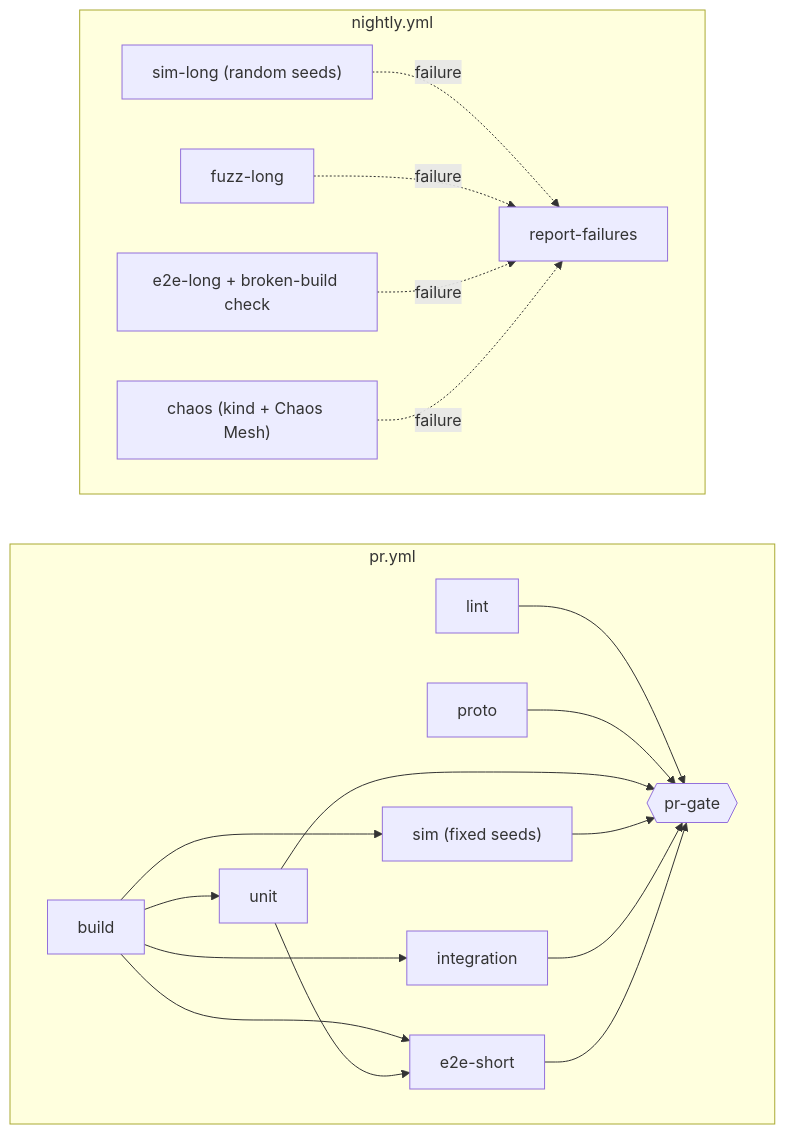
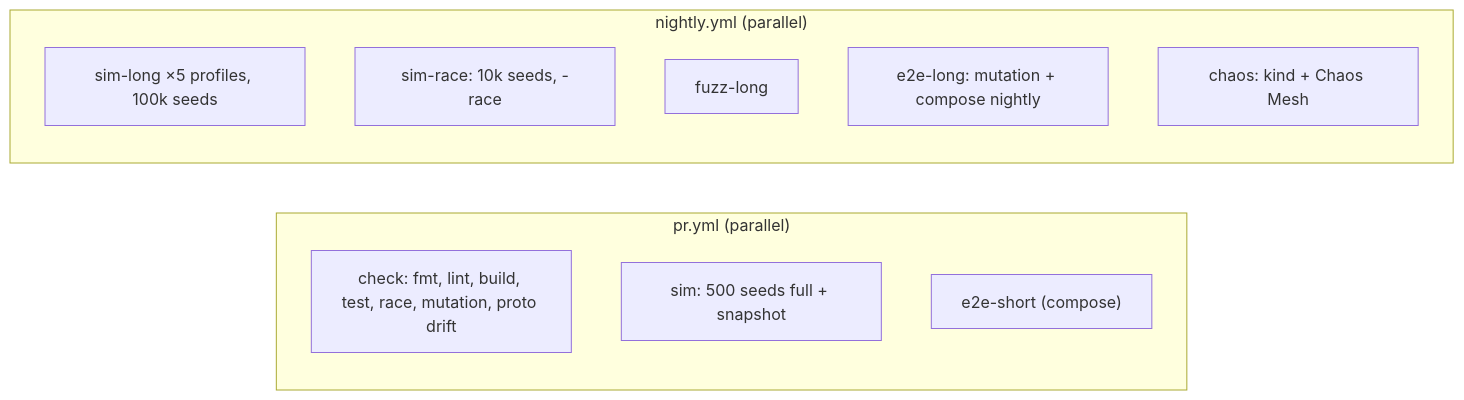
The diagram in docs/ci-e2e.md (bibekgupta3333/raftkv-distributed-store), drawn with Mermaid before and after one commit. The commit also changed other lines of this file and 6 other files, not shown here.

Commit message:
docs: sync architecture, system, storage, api and ci docs with the M0-M5 code; CI evidence steps

````diff
--- a/docs/ci-e2e.md
+++ b/docs/ci-e2e.md
@@ -55,29 +67,16 @@
 ```mermaid
 flowchart LR
-  subgraph PR["pr.yml"]
-    direction LR
-    build --> unit
-    build --> sim["sim (fixed seeds)"]
-    build --> integ[integration]
-    build --> e2e["e2e-short"]
-    unit --> e2e
-    lint --> gate{{pr-gate}}
-    proto --> gate
-    unit --> gate
-    sim --> gate
-    integ --> gate
-    e2e --> gate
+  subgraph PR["pr.yml (parallel)"]
+    check["check: fmt, lint, build, test, race, mutation, proto drift"]
+    sim["sim: 500 seeds full + snapshot"]
+    e2e["e2e-short (compose)"]
   end
 
-  subgraph NIGHTLY["nightly.yml"]
-    direction LR
-    simlong["sim-long (random seeds)"]
+  subgraph NIGHTLY["nightly.yml (parallel)"]
+    simlong["sim-long ×5 profiles, 100k seeds"]
+    simrace["sim-race: 10k seeds, -race"]
     fuzz[fuzz-long]
-    e2elong["e2e-long + broken-build check"]
-    chaos["chaos (kind + Chaos Mesh)"]
-    simlong -. failure .-> issues[report-failures]
-    fuzz -. failure .-> issues
-    e2elong -. failure .-> issues
-    chaos -. failure .-> issues
+    e2elong["e2e-long: mutation + compose nightly"]
+    chaos["chaos: kind + Chaos Mesh"]
   end
 ```
````
